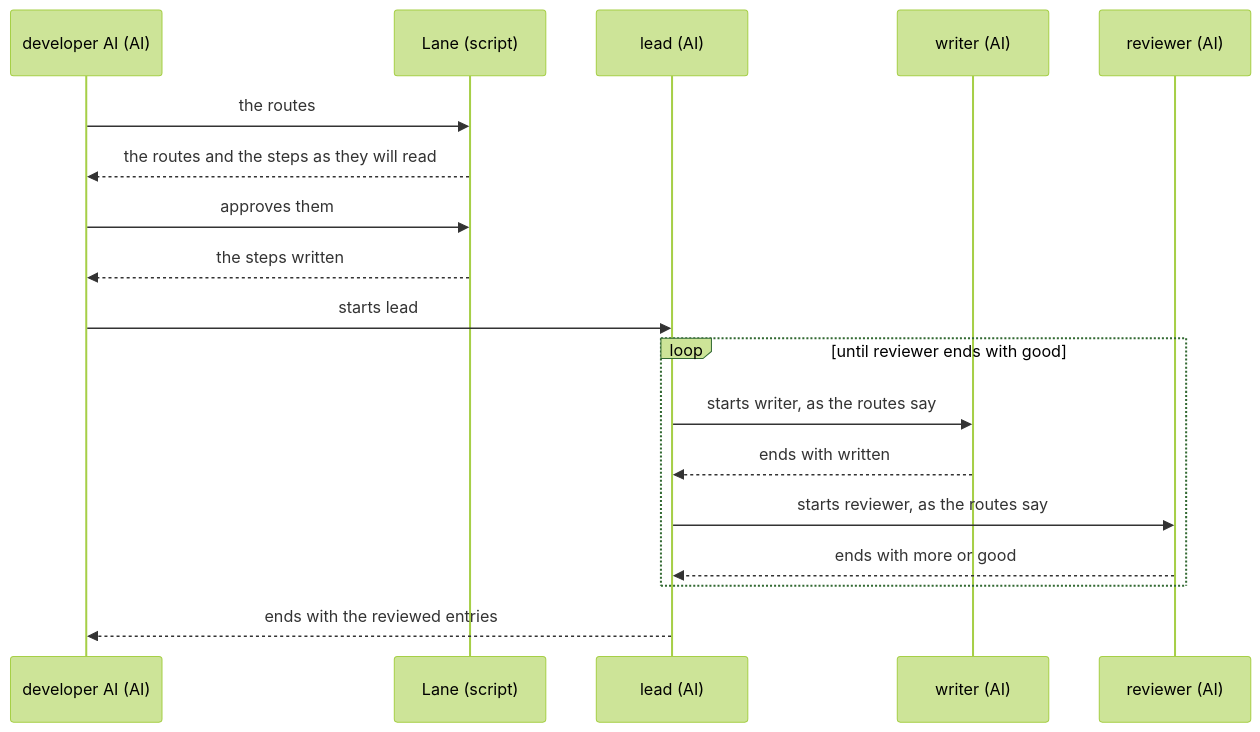
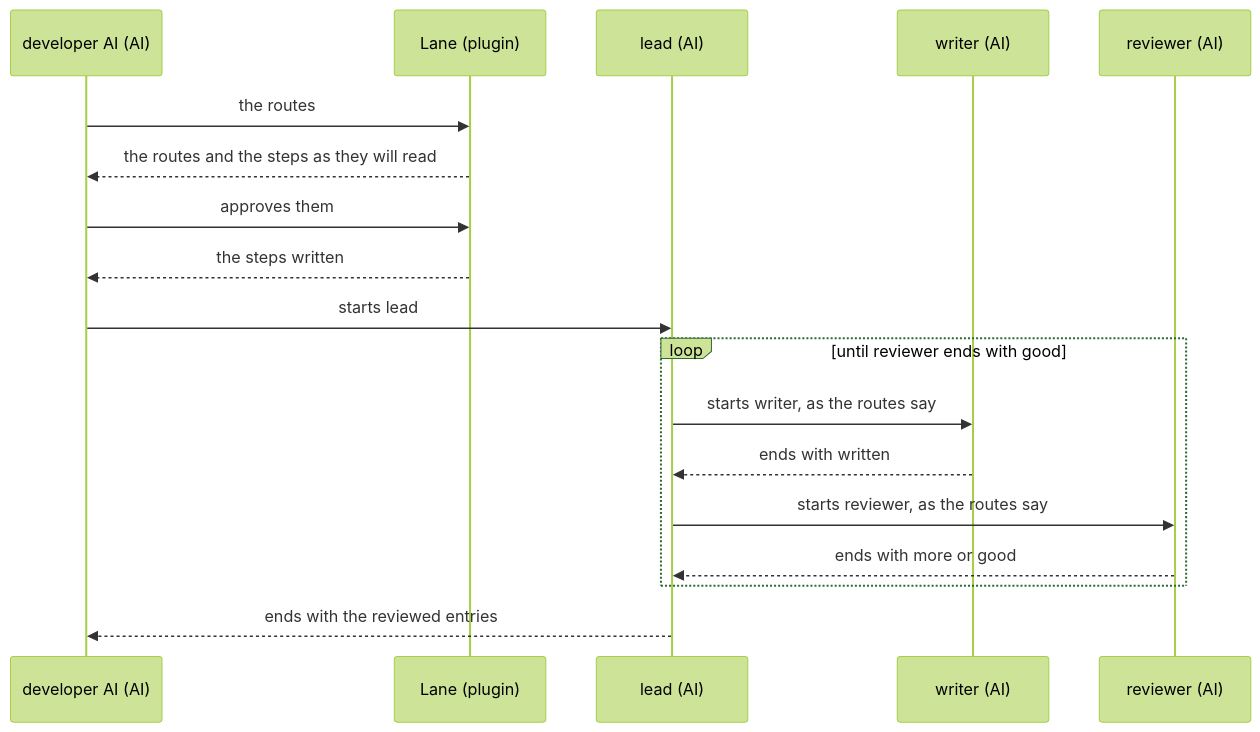
The second of 2 diagrams in dev/lane/ux.md (lovaizu/ccpm), drawn with Mermaid (forest theme) before and after one commit. The commit also changed other lines of this file and 1 other file, not shown here.

First line of the commit message:
lane: the UX names Lane a plugin, as the developer AI meets it

````diff
--- a/dev/lane/ux.md
+++ b/dev/lane/ux.md
@@ -64,20 +64,20 @@
 ```mermaid
 sequenceDiagram
   participant A as developer AI (AI)
-  participant L as Lane (script)
+  participant L as Lane (plugin)
   participant O as lead (AI)
   participant W as writer (AI)
   participant R as reviewer (AI)
   A->>L: the routes
   L-->>A: the routes and the steps as they will read
   A->>L: approves them
   L-->>A: the steps written
   A->>O: starts lead
   loop until reviewer ends with good
     O->>W: starts writer, as the routes say
     W-->>O: ends with written
     O->>R: starts reviewer, as the routes say
     R-->>O: ends with more or good
   end
   O-->>A: ends with the reviewed entries
 ```
````
